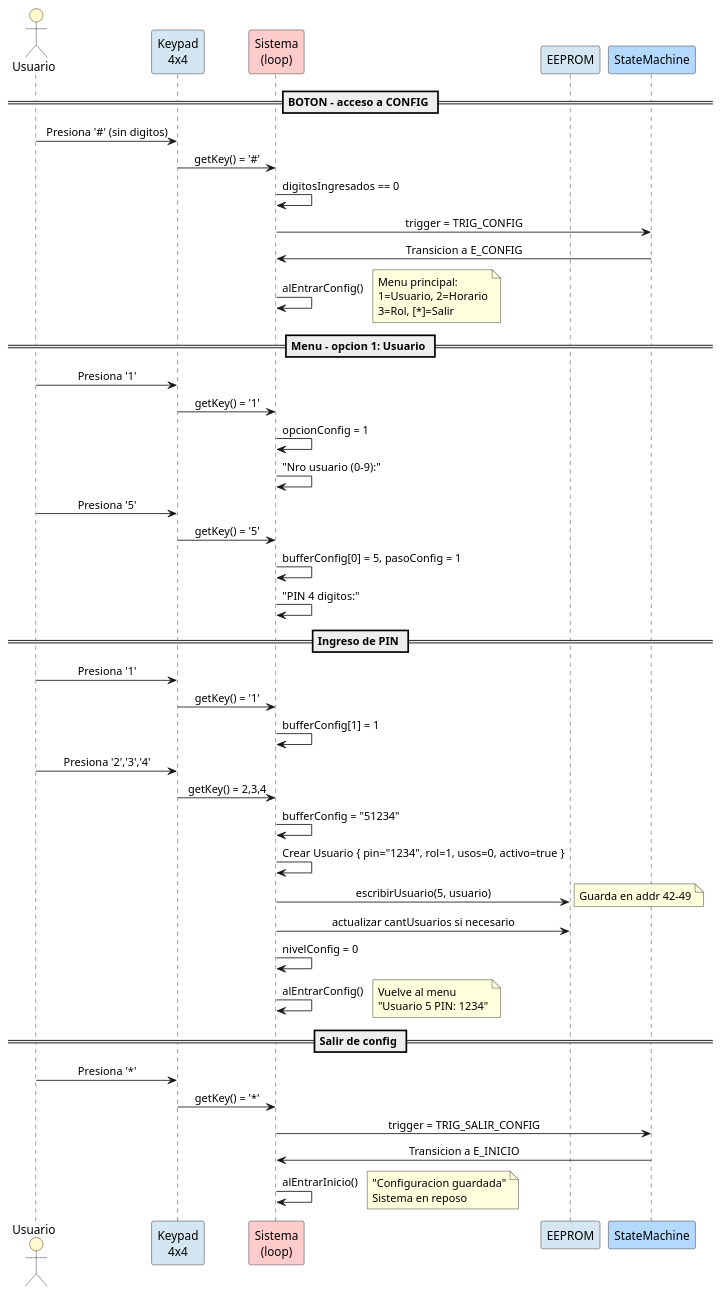
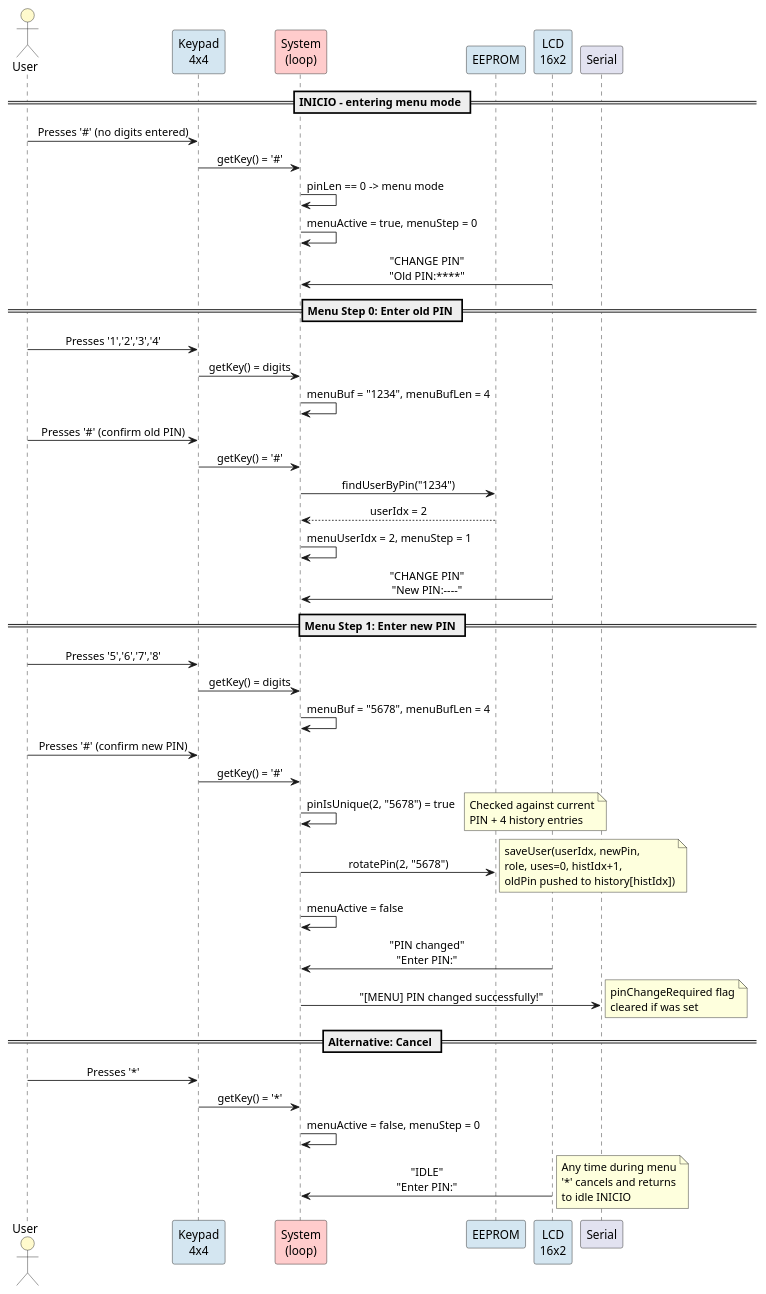
The diagram in docs/UML/secuencia-config.puml (FernandoMulato/Final-Arduino-Project), drawn with PlantUML before and after one commit. The commit also changed 14 other files, not shown here.

```diff
--- a/docs/UML/secuencia-config.puml
+++ b/docs/UML/secuencia-config.puml
@@ -1,68 +1,61 @@
 @startuml ConfigUsuario
 ' ====================================================================
-' Diagrama de secuencia - Configuracion: alta de usuario
-' CONFIG menu -> agregar usuario con PIN -> guardar en EEPROM -> reposo
+' Sequence diagram - PIN change via menu (within INICIO state)
+' From INICIO, press # with no digits -> menu -> change PIN -> save
 ' ====================================================================
 
 skinparam backgroundColor white
 skinparam defaultFontName SansSerif
 skinparam sequenceMessageAlign center
 
-actor "Usuario" as USR #FFFACD
-participant "Keypad\n4x4" as TEC #D4E6F1
-participant "Sistema\n(loop)" as SYS #FFCCCC
+actor "User" as USR #FFFACD
+participant "Keypad\n4x4" as KPD #D4E6F1
+participant "System\n(loop)" as SYS #FFCCCC
 participant "EEPROM" as EEP #D4E6F1
-participant "StateMachine" as FSM #B3D9FF
+participant "LCD\n16x2" as LCD #D4E6F1
 
-== BOTON - acceso a CONFIG ==
-USR -> TEC: Presiona '#' (sin digitos)
-TEC -> SYS: getKey() = '#'
-SYS -> SYS: digitosIngresados == 0
-SYS -> FSM: trigger = TRIG_CONFIG
+== INICIO - entering menu mode ==
+note right: State S_INICIO\nLCD: "IDLE", "Enter PIN:"
 
-FSM -> SYS: Transicion a E_CONFIG
-SYS -> SYS: alEntrarConfig()
-note right
-  Menu principal:
-  1=Usuario, 2=Horario
-  3=Rol, [*]=Salir
-end note
+USR -> KPD: Presses '#' (no digits entered)
+KPD -> SYS: getKey() = '#'
+SYS -> SYS: pinLen == 0 -> menu mode
+SYS -> SYS: menuActive = true, menuStep = 0
+LCD -> SYS: "CHANGE PIN"\n"Old PIN:****"
 
-== Menu - opcion 1: Usuario ==
-USR -> TEC: Presiona '1'
-TEC -> SYS: getKey() = '1'
-SYS -> SYS: opcionConfig = 1
-SYS -> SYS: "Nro usuario (0-9):"
+== Menu Step 0: Enter old PIN ==
+USR -> KPD: Presses '1','2','3','4'
+KPD -> SYS: getKey() = digits
+SYS -> SYS: menuBuf = "1234", menuBufLen = 4
 
-USR -> TEC: Presiona '5'
-TEC -> SYS: getKey() = '5'
-SYS -> SYS: bufferConfig[0] = 5, pasoConfig = 1
-SYS -> SYS: "PIN 4 digitos:"
+USR -> KPD: Presses '#' (confirm old PIN)
+KPD -> SYS: getKey() = '#'
+SYS -> EEP: findUserByPin("1234")
+EEP --> SYS: userIdx = 2
+SYS -> SYS: menuUserIdx = 2, menuStep = 1
+LCD -> SYS: "CHANGE PIN"\n"New PIN:----"
 
-== Ingreso de PIN ==
-USR -> TEC: Presiona '1'
-TEC -> SYS: getKey() = '1'
-SYS -> SYS: bufferConfig[1] = 1
+== Menu Step 1: Enter new PIN ==
+USR -> KPD: Presses '5','6','7','8'
+KPD -> SYS: getKey() = digits
+SYS -> SYS: menuBuf = "5678", menuBufLen = 4
 
-USR -> TEC: Presiona '2','3','4'
-TEC -> SYS: getKey() = 2,3,4
-SYS -> SYS: bufferConfig = "51234"
+USR -> KPD: Presses '#' (confirm new PIN)
+KPD -> SYS: getKey() = '#'
+SYS -> SYS: pinIsUnique(2, "5678") = true
+note right: Checked against current\nPIN + 4 history entries
+SYS -> EEP: rotatePin(2, "5678")
+note right: saveUser(userIdx, newPin,\nrole, uses=0, histIdx+1,\noldPin pushed to history[histIdx])
+SYS -> SYS: menuActive = false
+LCD -> SYS: "PIN changed"\n"Enter PIN:"
+SYS -> Serial: "[MENU] PIN changed successfully!"
+note right: pinChangeRequired flag\ncleared if was set
 
-SYS -> SYS: Crear Usuario { pin="1234", rol=1, usos=0, activo=true }
-SYS -> EEP: escribirUsuario(5, usuario)
-note right: Guarda en addr 42-49
-SYS -> EEP: actualizar cantUsuarios si necesario
-
-SYS -> SYS: nivelConfig = 0
-SYS -> SYS: alEntrarConfig()
-note right: Vuelve al menu\n"Usuario 5 PIN: 1234"
-
-== Salir de config ==
-USR -> TEC: Presiona '*'
-TEC -> SYS: getKey() = '*'
-SYS -> FSM: trigger = TRIG_SALIR_CONFIG
-FSM -> SYS: Transicion a E_INICIO
-SYS -> SYS: alEntrarInicio()
-note right: "Configuracion guardada"\nSistema en reposo
+== Alternative: Cancel ==
+USR -> KPD: Presses '*'
+KPD -> SYS: getKey() = '*'
+SYS -> SYS: menuActive = false, menuStep = 0
+LCD -> SYS: "IDLE"\n"Enter PIN:"
+note right: Any time during menu\n'*' cancels and returns\nto idle INICIO
 
 @enduml
```
